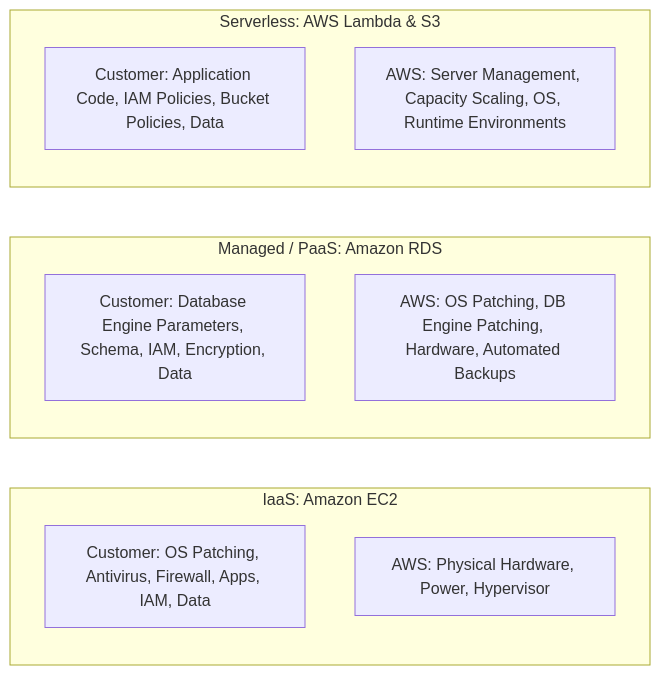
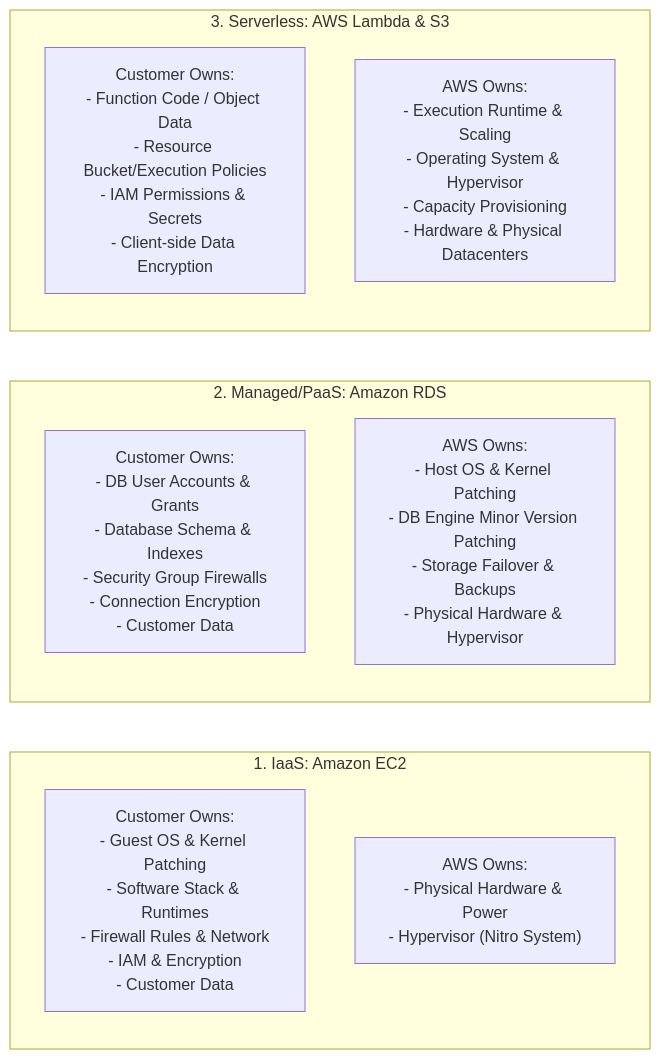
The third of 3 diagrams in Cloud/Practitioner/CLF-C02/06_Explanations/01_Cloud_Concepts/Shared_Responsibility_Model.md (fakhruldeen/AWS), drawn with Mermaid before and after one commit. The commit also changed other lines of this file and 18 other files, not shown here.

````diff
--- a/Cloud/Practitioner/CLF-C02/06_Explanations/01_Cloud_Concepts/Shared_Responsibility_Model.md
+++ b/Cloud/Practitioner/CLF-C02/06_Explanations/01_Cloud_Concepts/Shared_Responsibility_Model.md
@@ -53,20 +129,20 @@
 ```mermaid
 graph LR
-    subgraph IaaS ["IaaS: Amazon EC2"]
+    subgraph IaaS ["1. IaaS: Amazon EC2"]
         direction TB
-        I_C["Customer: OS Patching, Antivirus, Firewall, Apps, IAM, Data"]
-        I_A["AWS: Physical Hardware, Power, Hypervisor"]
+        I_C["Customer Owns:<br/>- Guest OS & Kernel Patching<br/>- Software Stack & Runtimes<br/>- Firewall Rules & Network<br/>- IAM & Encryption<br/>- Customer Data"]
+        I_A["AWS Owns:<br/>- Physical Hardware & Power<br/>- Hypervisor (Nitro System)"]
     end
 
-    subgraph Managed ["Managed / PaaS: Amazon RDS"]
+    subgraph PaaS ["2. Managed/PaaS: Amazon RDS"]
         direction TB
-        M_C["Customer: Database Engine Parameters, Schema, IAM, Encryption, Data"]
-        M_A["AWS: OS Patching, DB Engine Patching, Hardware, Automated Backups"]
+        P_C["Customer Owns:<br/>- DB User Accounts & Grants<br/>- Database Schema & Indexes<br/>- Security Group Firewalls<br/>- Connection Encryption<br/>- Customer Data"]
+        P_A["AWS Owns:<br/>- Host OS & Kernel Patching<br/>- DB Engine Minor Version Patching<br/>- Storage Failover & Backups<br/>- Physical Hardware & Hypervisor"]
     end
 
-    subgraph Serverless ["Serverless: AWS Lambda & S3"]
+    subgraph Serverless ["3. Serverless: AWS Lambda & S3"]
         direction TB
-        S_C["Customer: Application Code, IAM Policies, Bucket Policies, Data"]
-        S_A["AWS: Server Management, Capacity Scaling, OS, Runtime Environments"]
+        S_C["Customer Owns:<br/>- Function Code / Object Data<br/>- Resource Bucket/Execution Policies<br/>- IAM Permissions & Secrets<br/>- Client-side Data Encryption"]
+        S_A["AWS Owns:<br/>- Execution Runtime & Scaling<br/>- Operating System & Hypervisor<br/>- Capacity Provisioning<br/>- Hardware & Physical Datacenters"]
     end
 ```
````
